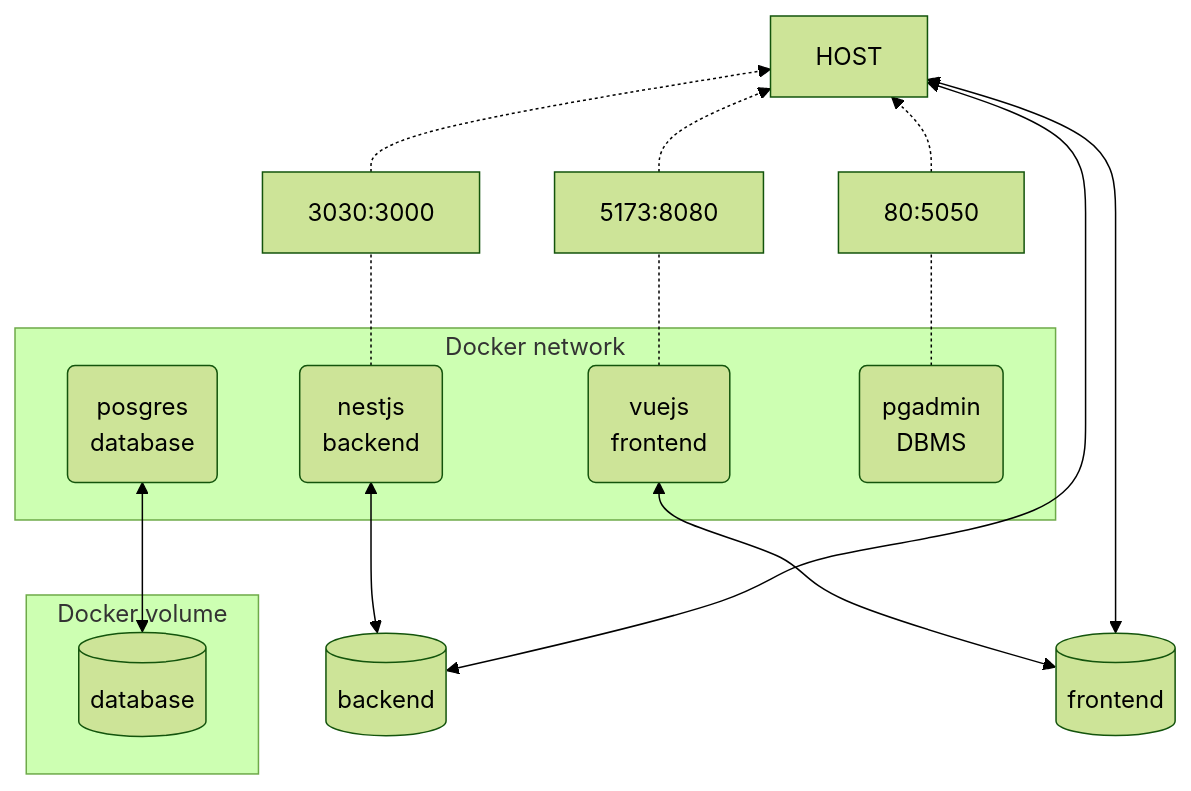
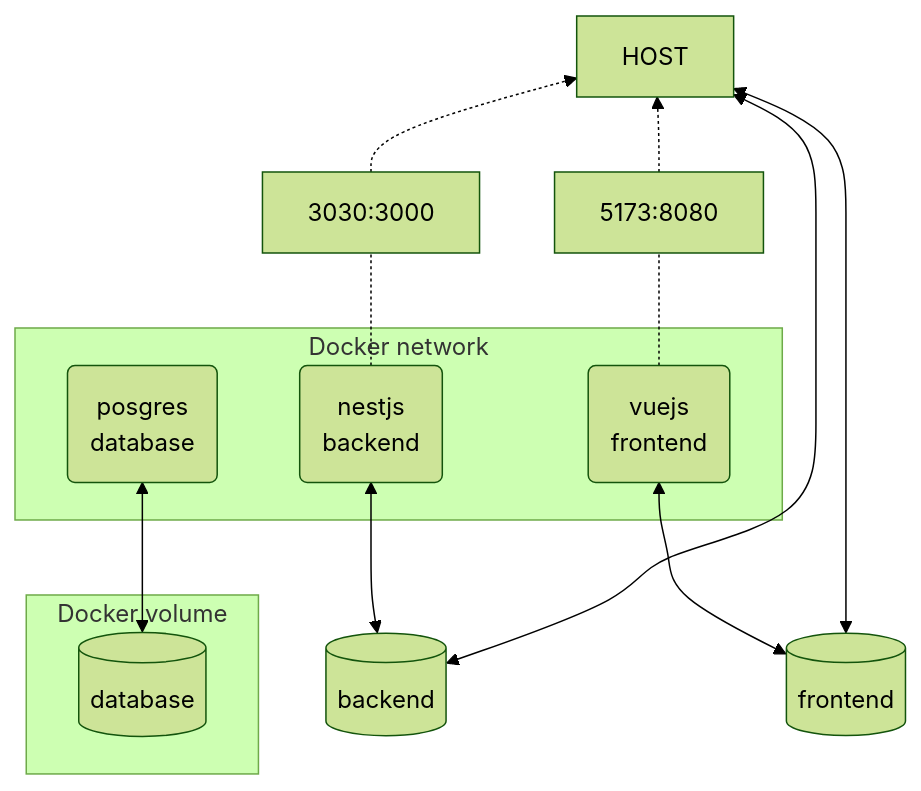
The diagram in README.md (tsiguenz/ft_transcendence), drawn with Mermaid (forest theme) before and after one commit. The commit also changed other lines of this file and 2 other files, not shown here.

Commit message:
delete pgamin (#59)

````diff
--- a/README.md
+++ b/README.md
@@ -35,27 +35,25 @@
 ```mermaid
 
 flowchart BT
 	host[HOST]
 	back(nestjs\nbackend)
 	front(vuejs\nfrontend)
 	db(posgres\ndatabase)
-	pgadmin(pgadmin\nDBMS)
 	vol_back[(backend)]
 	vol_front[(frontend)]
 	vol_db[(database)]
 
-    pgadmin .- 80:5050 .-> host
     back .- 3030:3000 .-> host
     front .- 5173:8080 .-> host
 	subgraph Docker network
-		db & pgadmin & back & front
+		db & back & front
 	end
 	subgraph Docker volume
 		vol_db <--> db
 	end
 	vol_back <--> back
 	vol_back <--> host
 	vol_front <--> front
 	vol_front <--> host
 
 ```
````
